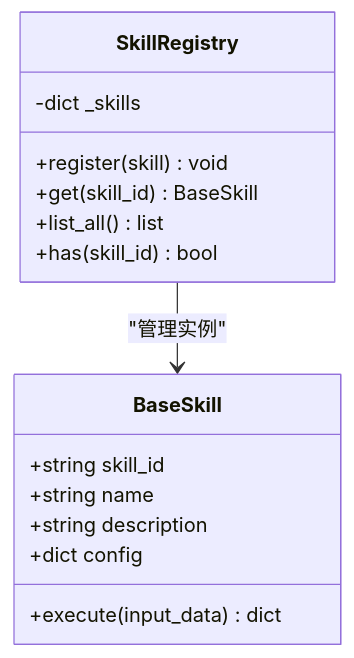
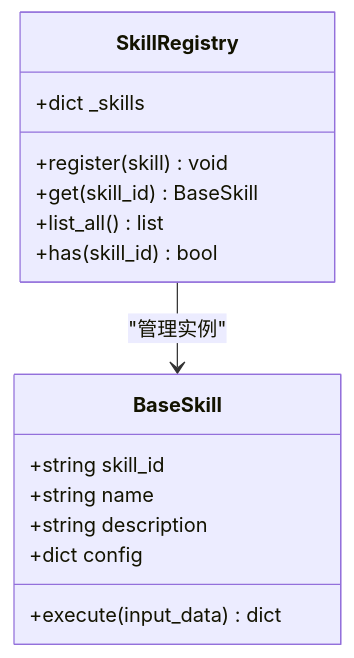
One commit to sansansansansan2022-web/hotclaw changed the third of 6 diagrams in .qoder/repowiki/zh/content/技能系统/内置技能实现/新闻抓取技能.md. Above: the diagram before and after it, drawn with Mermaid. The commit also changed other lines of this file and 288 other files, not shown here.

````diff
--- a/.qoder/repowiki/zh/content/技能系统/内置技能实现/新闻抓取技能.md
+++ b/.qoder/repowiki/zh/content/技能系统/内置技能实现/新闻抓取技能.md
@@ -108,18 +115,18 @@
 ```mermaid
 classDiagram
 class BaseSkill {
 +string skill_id
 +string name
 +string description
 +dict config
 +execute(input_data) dict
 }
 class SkillRegistry {
--dict _skills
++dict _skills
 +register(skill) void
 +get(skill_id) BaseSkill
 +list_all() list
 +has(skill_id) bool
 }
 SkillRegistry --> BaseSkill : "管理实例"
 ```
````
